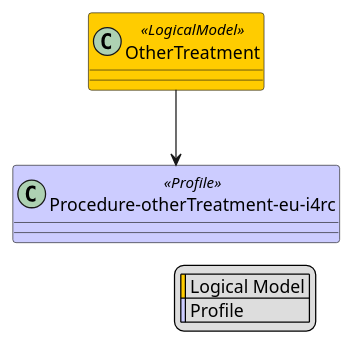
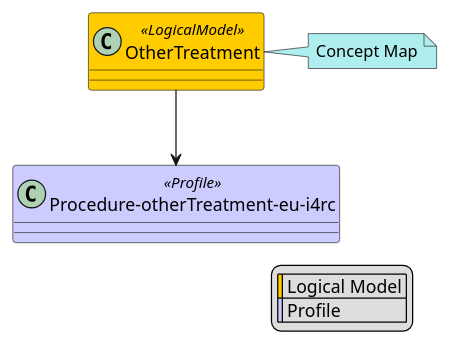
One commit to hl7-eu/idea4rc changed the diagram in input/images-source/map/OtherTreatment-map.plantuml. Above: the diagram before and after it, drawn with PlantUML. The commit also changed 32 other files, not shown here.

```diff
--- a/input/images-source/map/OtherTreatment-map.plantuml
+++ b/input/images-source/map/OtherTreatment-map.plantuml
@@ -1,14 +1,17 @@
 @startuml
 skinparam class {
     BackgroundColor<<LogicalModel>> #FFCC00
     BackgroundColor<<Profile>> #CCCCFF
 }
 skinparam linetype ortho
 legend right
   | <#FFCC00> | Logical Model |
   | <#CCCCFF> | Profile |
 endlegend
 class "OtherTreatment" <<LogicalModel>> [[StructureDefinition-OtherTreatment.html]]
+note right #PaleTurquoise [[ConceptMap-otherTreatment2FHIR.html]]
+Concept Map
+endnote
 class "Procedure-otherTreatment-eu-i4rc" <<Profile>> [[StructureDefinition-Procedure-otherTreatment-eu-i4rc.html]]
 "OtherTreatment" --> "Procedure-otherTreatment-eu-i4rc"
 @enduml
```
